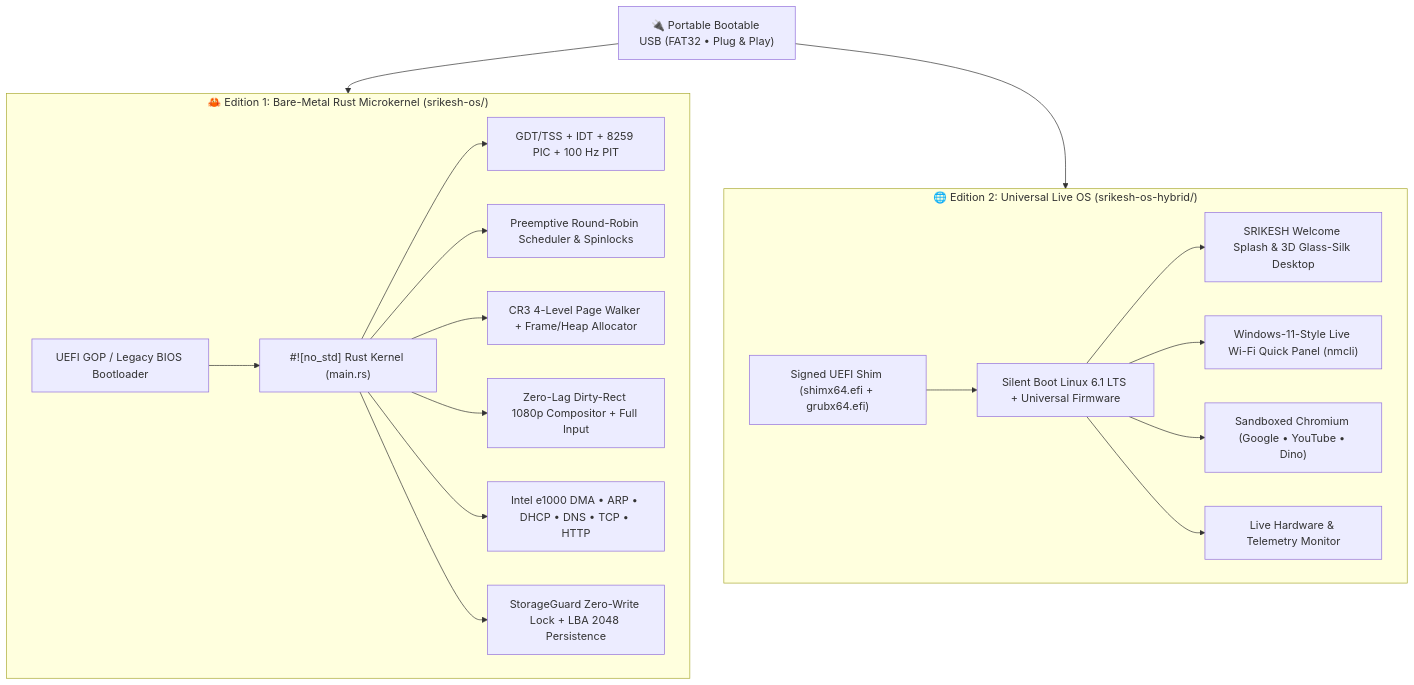
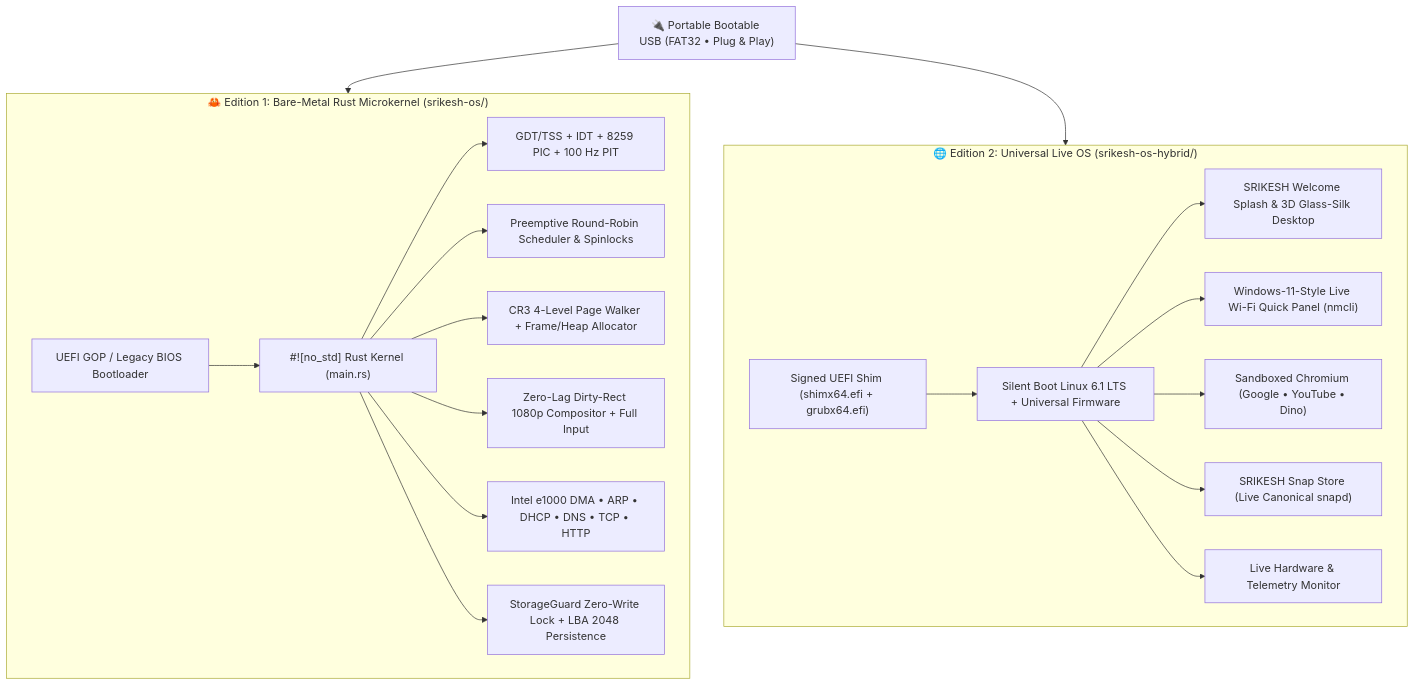
Before and after one commit to SrikeshX/SRIKESH-OS: the diagram in README.md, drawn with Mermaid. The commit also changed other lines of this file, not shown here.

Commit message:
docs(readme): fix broken emoji anchor links, standardize badge HTML, and document Snap Store & 491 MB ISO

````diff
--- a/README.md
+++ b/README.md
@@ -57,25 +59,26 @@
 ```mermaid
 flowchart TB
     USB["🔌 Portable Bootable USB (FAT32 • Plug & Play)"]
 
     subgraph BM["🦀 Edition 1: Bare-Metal Rust Microkernel (srikesh-os/)"]
         B1["UEFI GOP / Legacy BIOS Bootloader"] --> K1["#![no_std] Rust Kernel (main.rs)"]
         K1 --> S1["GDT/TSS + IDT + 8259 PIC + 100 Hz PIT"]
         K1 --> S2["Preemptive Round-Robin Scheduler & Spinlocks"]
         K1 --> S3["CR3 4-Level Page Walker + Frame/Heap Allocator"]
         K1 --> S4["Zero-Lag Dirty-Rect 1080p Compositor + Full Input"]
         K1 --> S5["Intel e1000 DMA • ARP • DHCP • DNS • TCP • HTTP"]
         K1 --> S6["StorageGuard Zero-Write Lock + LBA 2048 Persistence"]
     end
 
     subgraph HY["🌐 Edition 2: Universal Live OS (srikesh-os-hybrid/)"]
         B2["Signed UEFI Shim (shimx64.efi + grubx64.efi)"] --> K2["Silent Boot Linux 6.1 LTS + Universal Firmware"]
         K2 --> H1["SRIKESH Welcome Splash & 3D Glass-Silk Desktop"]
         K2 --> H2["Windows-11-Style Live Wi-Fi Quick Panel (nmcli)"]
         K2 --> H3["Sandboxed Chromium (Google • YouTube • Dino)"]
-        K2 --> H4["Live Hardware & Telemetry Monitor"]
+        K2 --> H4["SRIKESH Snap Store (Live Canonical snapd)"]
+        K2 --> H5["Live Hardware & Telemetry Monitor"]
     end
 
     USB --> BM
     USB --> HY
 ```
````
